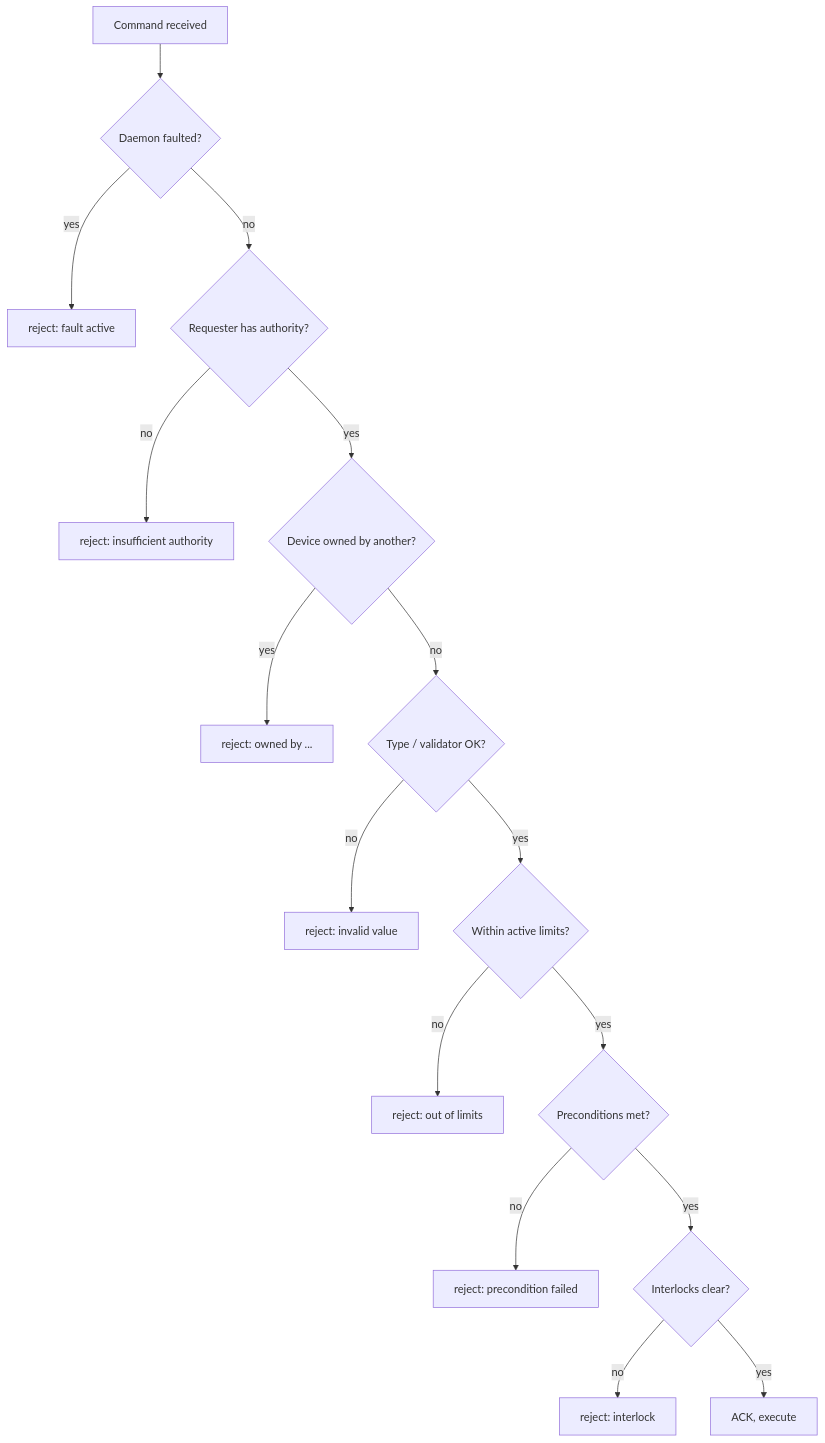
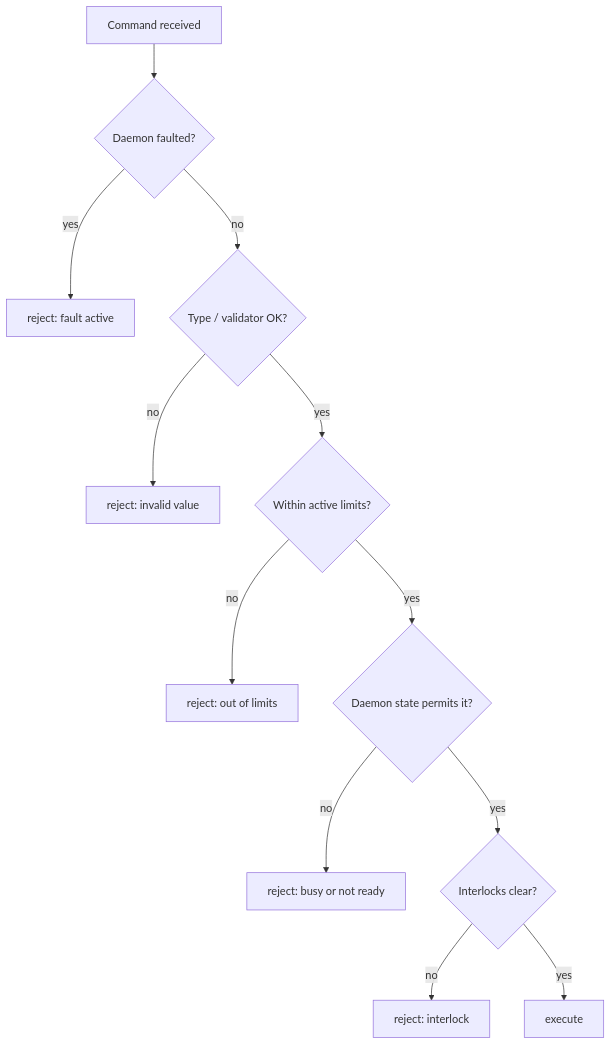
One commit to CaltechOpticalObservatories/zshooter changed the diagram in docs/source/architecture/safety.rst. Above: the diagram before and after it, drawn with Mermaid. The commit also changed other lines of this file and 26 other files, not shown here.

Commit message:
Changes per architectural discussions (#2)

```diff
--- a/docs/source/architecture/safety.rst
+++ b/docs/source/architecture/safety.rst
@@ -14,18 +14,14 @@
 .. mermaid::
 
    flowchart TB
        A["Command received"] --> B{"Daemon faulted?"}
        B -- yes --> R1["reject: fault active"]
-       B -- no --> C{"Requester has authority?"}
-       C -- no --> R2["reject: insufficient authority"]
-       C -- yes --> D{"Device owned by another?"}
-       D -- yes --> R3["reject: owned by ..."]
-       D -- no --> E{"Type / validator OK?"}
-       E -- no --> R4["reject: invalid value"]
-       E -- yes --> F{"Within active limits?"}
-       F -- no --> R5["reject: out of limits"]
-       F -- yes --> G{"Preconditions met?"}
-       G -- no --> R6["reject: precondition failed"]
-       G -- yes --> H{"Interlocks clear?"}
-       H -- no --> R7["reject: interlock"]
-       H -- yes --> I["ACK, execute"]
+       B -- no --> C{"Type / validator OK?"}
+       C -- no --> R2["reject: invalid value"]
+       C -- yes --> D{"Within active limits?"}
+       D -- no --> R3["reject: out of limits"]
+       D -- yes --> E{"Daemon state permits it?"}
+       E -- no --> R4["reject: busy or not ready"]
+       E -- yes --> F{"Interlocks clear?"}
+       F -- no --> R5["reject: interlock"]
+       F -- yes --> G["execute"]
```
